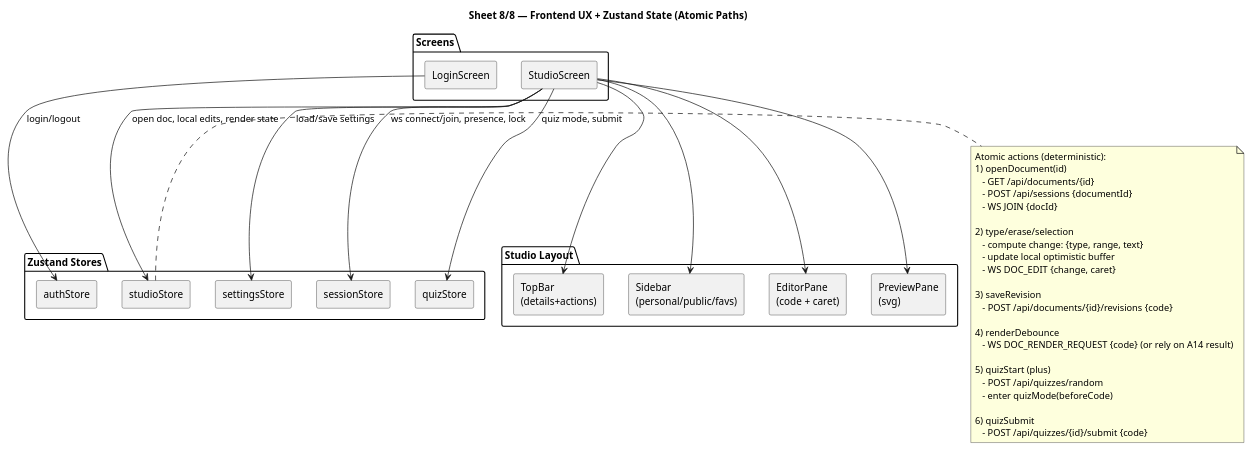
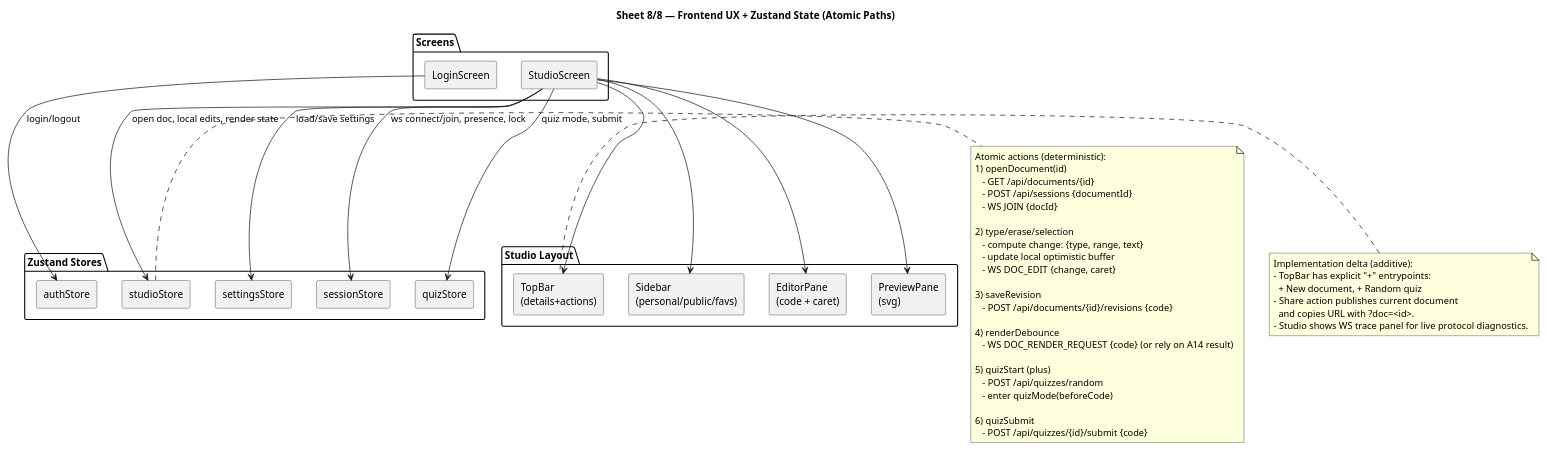
Before and after one commit to proger4/plantuml: the diagram in docs/ux.puml, drawn with PlantUML. The commit also changed 19 other files, not shown here.

```diff
--- a/docs/ux.puml
+++ b/docs/ux.puml
@@ -1,63 +1,72 @@
 @startuml
 title Sheet 8/8 — Frontend UX + Zustand State (Atomic Paths)
 
 skinparam componentStyle rectangle
 
 package "Screens" {
   [LoginScreen] as SLogin
   [StudioScreen] as SStudio
 }
 
 package "Studio Layout" {
   [TopBar\n(details+actions)] as Top
   [Sidebar\n(personal/public/favs)] as Side
   [EditorPane\n(code + caret)] as Editor
   [PreviewPane\n(svg)] as Preview
 }
 
 package "Zustand Stores" {
   [authStore] as Auth
   [settingsStore] as Set
   [studioStore] as Studio
   [sessionStore] as Sess
   [quizStore] as Quiz
 }
 
 SLogin --> Auth : login/logout
 SStudio --> Set : load/save settings
 SStudio --> Studio : open doc, local edits, render state
 SStudio --> Sess : ws connect/join, presence, lock
 SStudio --> Quiz : quiz mode, submit
 
 SStudio --> Top
 SStudio --> Side
 SStudio --> Editor
 SStudio --> Preview
 
 note right of Studio
 Atomic actions (deterministic):
 1) openDocument(id)
    - GET /api/documents/{id}
    - POST /api/sessions {documentId}
    - WS JOIN {docId}
 
 2) type/erase/selection
    - compute change: {type, range, text}
    - update local optimistic buffer
    - WS DOC_EDIT {change, caret}
 
 3) saveRevision
    - POST /api/documents/{id}/revisions {code}
 
 4) renderDebounce
    - WS DOC_RENDER_REQUEST {code} (or rely on A14 result)
 
 5) quizStart (plus)
    - POST /api/quizzes/random
    - enter quizMode(beforeCode)
 
 6) quizSubmit
    - POST /api/quizzes/{id}/submit {code}
 end note
 
+note left of Top
+Implementation delta (additive):
+- TopBar has explicit "+" entrypoints:
+  + New document, + Random quiz
+- Share action publishes current document
+  and copies URL with ?doc=<id>.
+- Studio shows WS trace panel for live protocol diagnostics.
+end note
+
 @enduml
```
